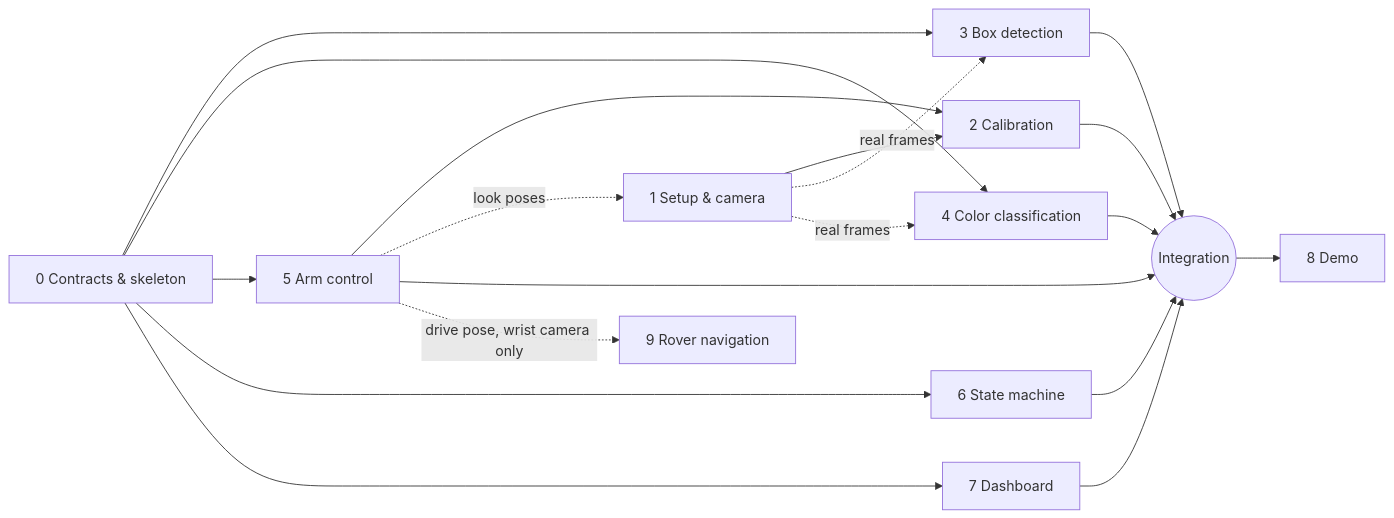
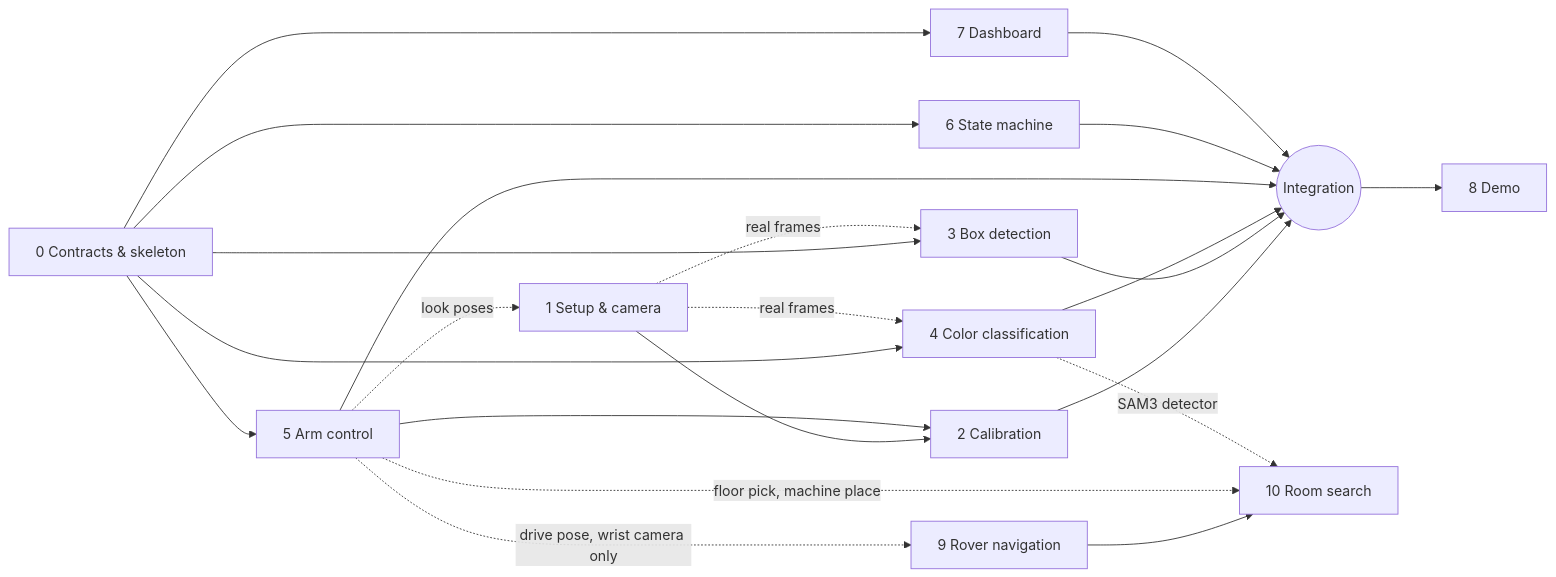
Before and after one commit to anka335/Alien-Bazaar-Hackaton: the diagram in docs/plan.md, drawn with Mermaid. The commit also changed other lines of this file and 5 other files, not shown here.

First line of the commit message:
docs(room-search): plan block 10, searching the room for clothes

````diff
--- a/docs/plan.md
+++ b/docs/plan.md
@@ -23,21 +24,24 @@
 ```mermaid
 graph LR
   B0[0 Contracts & skeleton] --> B3[3 Box detection]
   B0 --> B4[4 Color classification]
   B0 --> B5[5 Arm control]
   B0 --> B6[6 State machine]
   B0 --> B7[7 Dashboard]
   B1[1 Setup & camera] --> B2[2 Calibration]
   B5 --> B2
   B5 -. look poses .-> B1
   B1 -. real frames .-> B3
   B1 -. real frames .-> B4
   B2 --> INT((Integration))
   B3 --> INT
   B4 --> INT
   B5 --> INT
   B6 --> INT
   B7 --> INT
   INT --> B8[8 Demo]
   B5 -. drive pose, wrist camera only .-> B9[9 Rover navigation]
+  B9 --> B10[10 Room search]
+  B5 -. floor pick, machine place .-> B10
+  B4 -. SAM3 detector .-> B10
 ```
````
